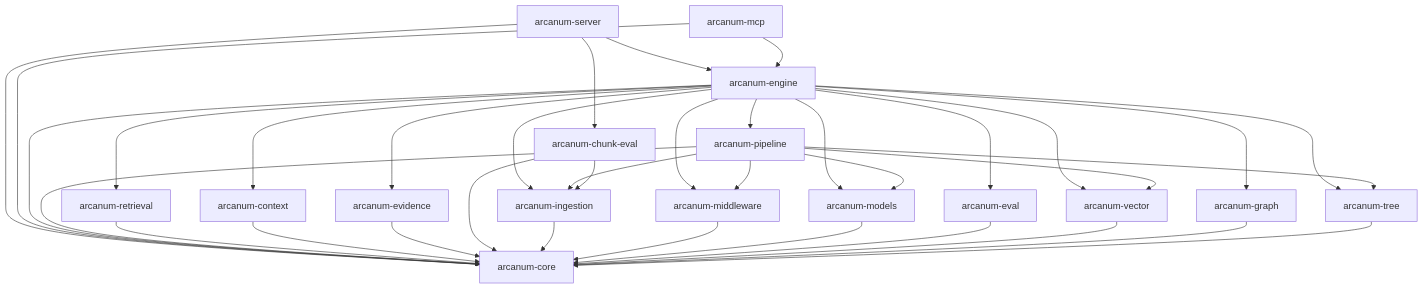
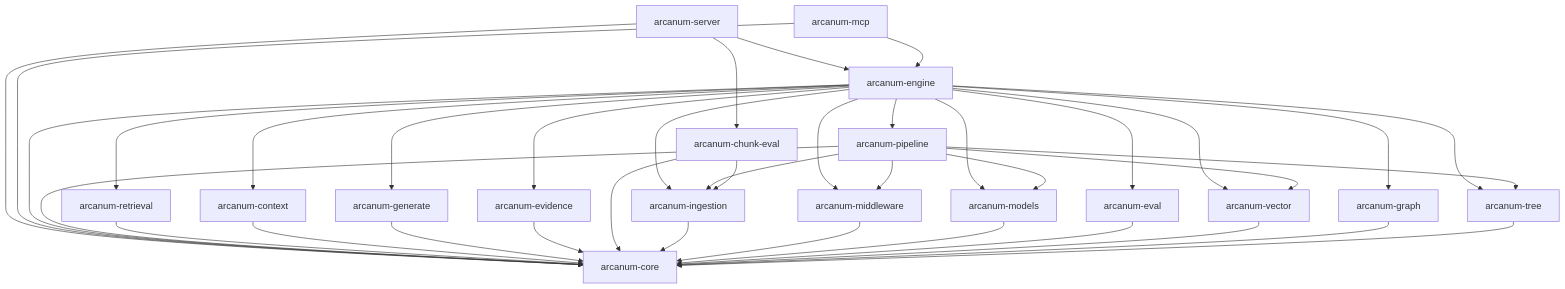
The diagram in wiki/README.md (sirius-zuo/arcanum), drawn with Mermaid before and after one commit. The commit also changed other lines of this file and 4 other files, not shown here.

````diff
--- a/wiki/README.md
+++ b/wiki/README.md
@@ -13,38 +13,40 @@
 ```mermaid
 graph TD
     server[arcanum-server] --> engine[arcanum-engine]
     server --> chunk-eval[arcanum-chunk-eval]
     server --> core[arcanum-core]
     mcp[arcanum-mcp] --> engine
     mcp --> core
     engine --> retrieval[arcanum-retrieval]
     engine --> context[arcanum-context]
+    engine --> generate[arcanum-generate]
     engine --> pipeline[arcanum-pipeline]
     engine --> evidence[arcanum-evidence]
     engine --> eval[arcanum-eval]
     engine --> ingestion[arcanum-ingestion]
     engine --> models[arcanum-models]
     engine --> middleware[arcanum-middleware]
     engine --> vector[arcanum-vector]
     engine --> graphComp[arcanum-graph]
     engine --> tree[arcanum-tree]
     engine --> core
     pipeline --> ingestion
     pipeline --> tree
     pipeline --> vector
     pipeline --> models
     pipeline --> middleware
     pipeline --> core
     retrieval --> core
     context --> core
+    generate --> core
     evidence --> core
     chunk-eval --> ingestion
     chunk-eval --> core
     ingestion --> core
     middleware --> core
     models --> core
     eval --> core
     vector --> core
     graphComp --> core
     tree --> core
 ```
````
